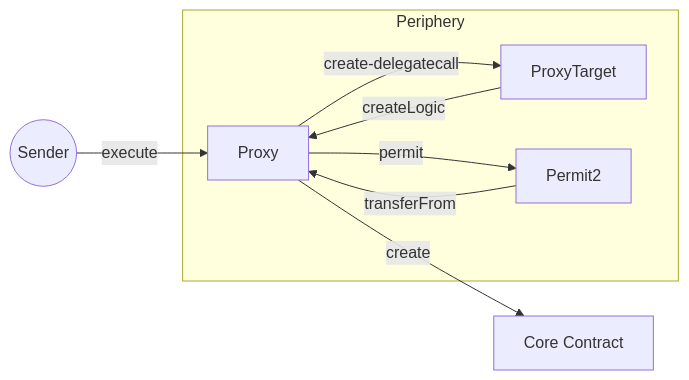
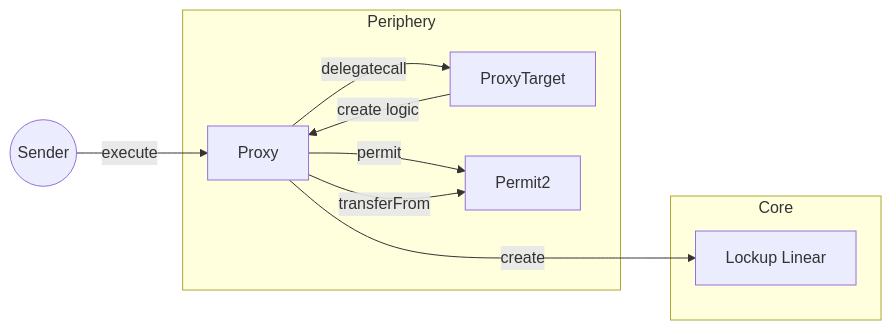
The fourth of 8 diagrams in docs/contracts/v2/reference/02-diagrams.md (sablier-labs/docs), drawn with Mermaid before and after one commit. The commit also changed other lines of this file, not shown here.

Commit message:
perf: polish diagrams

````diff
--- a/docs/contracts/v2/reference/02-diagrams.md
+++ b/docs/contracts/v2/reference/02-diagrams.md
@@ -109,17 +111,19 @@
 ```mermaid
 flowchart LR
   S((Sender))
   subgraph Periphery
     P[Proxy]
     PT[ProxyTarget]
     P2[Permit2]
   end
-  CC[Core Contract]
+  subgraph Core
+    LL[Lockup Linear]
+  end
 
   S -- "execute" --> P
-  P -- "create-delegatecall" --> PT
-  PT -- "createLogic" --> P
+  P -- "delegatecall" --> PT
+  PT -- "create logic" --> P
   P -- "permit" --> P2
-  P2 -- "transferFrom" --> P
-  P -- "create" --> CC
+  P -- "transferFrom" --> P2
+  P -- "create" ---> LL
 ```
````
